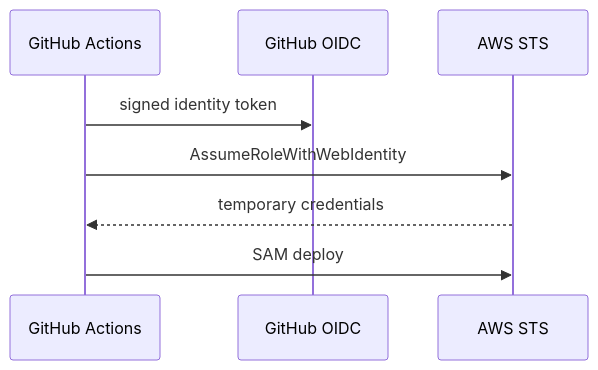
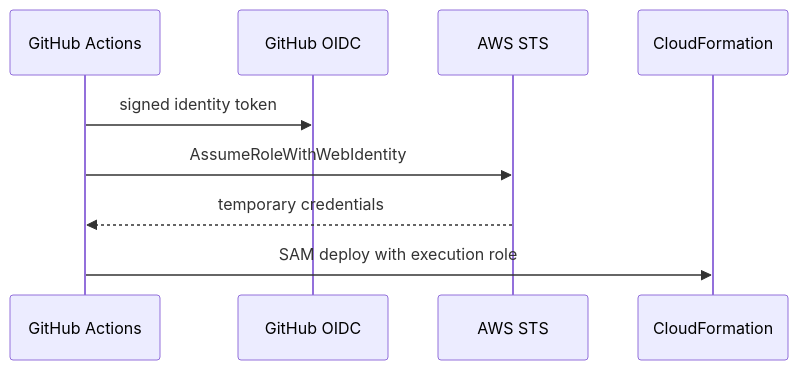
One commit to sagoyanfisic/aws-tambooh changed the third of 4 diagrams in docs/architecture.md. Above: the diagram before and after it, drawn with Mermaid. The commit also changed other lines of this file and 18 other files, not shown here.

````diff
--- a/docs/architecture.md
+++ b/docs/architecture.md
@@ -28,10 +30,11 @@
 ```mermaid
 sequenceDiagram
  participant G as GitHub Actions
  participant O as GitHub OIDC
  participant A as AWS STS
+ participant C as CloudFormation
  G->>O: signed identity token
  G->>A: AssumeRoleWithWebIdentity
  A-->>G: temporary credentials
- G->>A: SAM deploy
+ G->>C: SAM deploy with execution role
 ```
````
